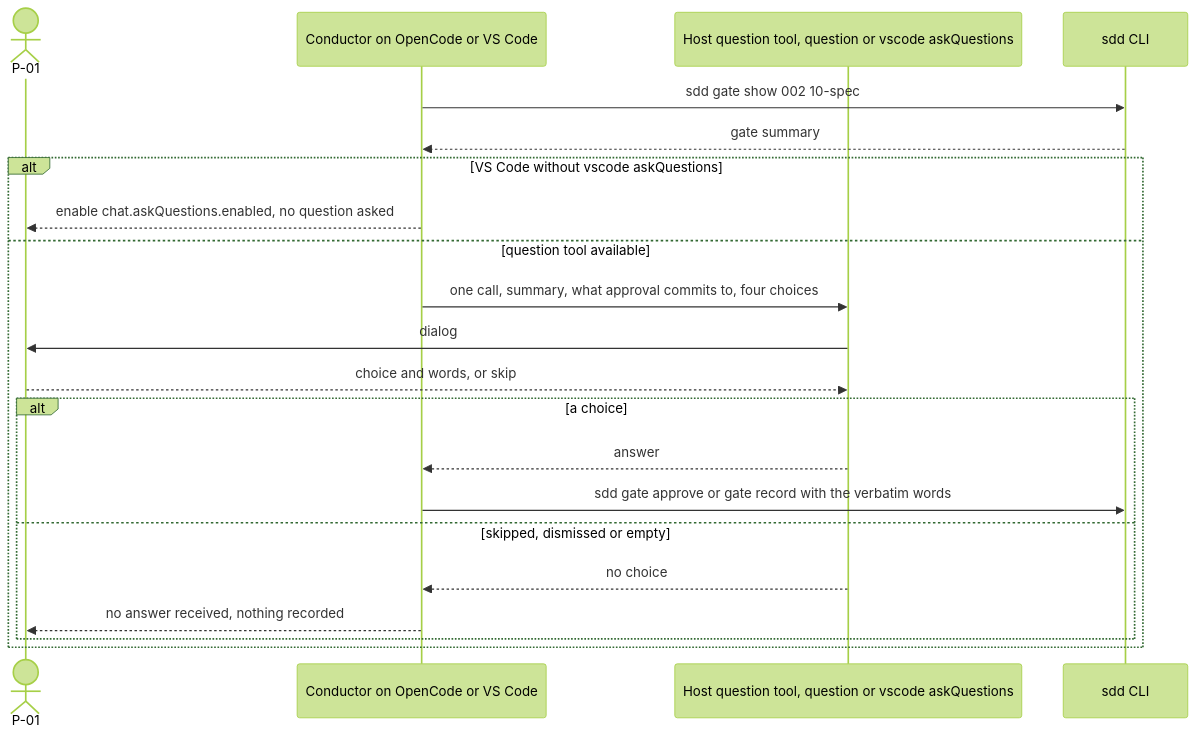
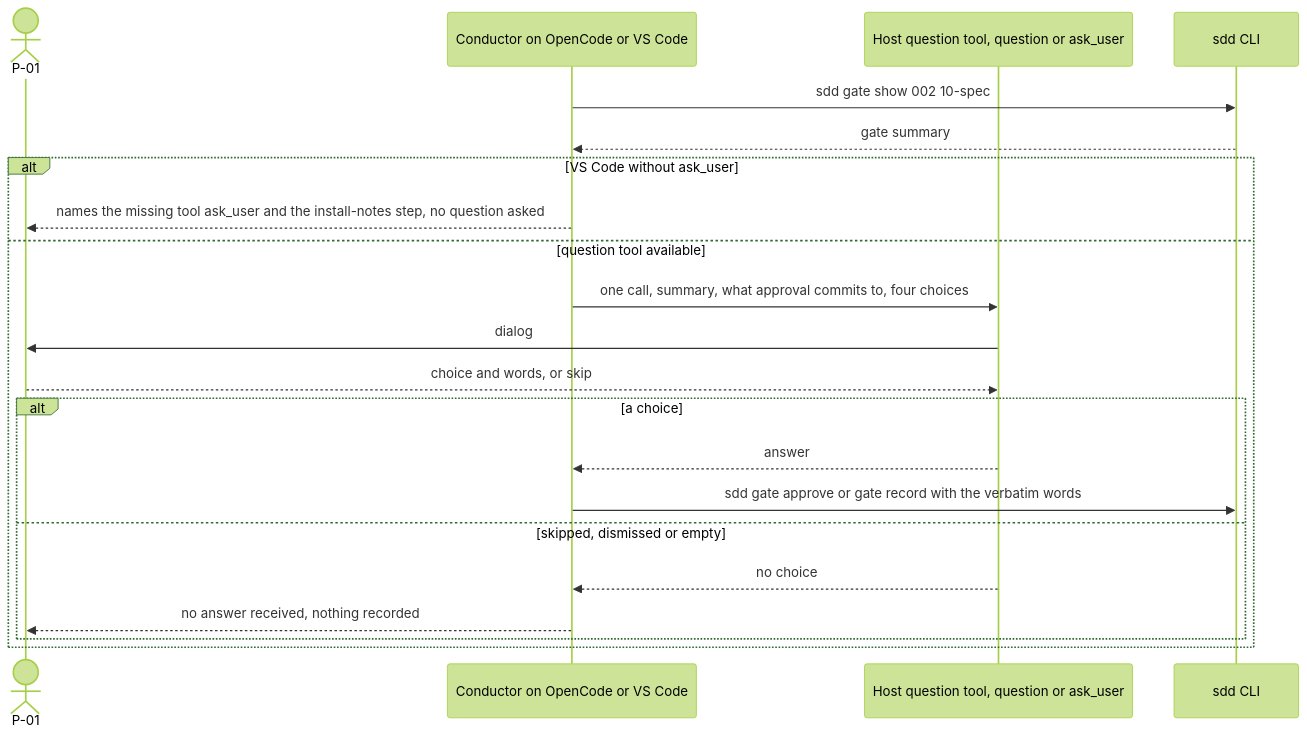
Before and after one commit to jlacube/spec-architect: the eighth of 15 diagrams in .sdd/002-multi-platform-targets/10-spec/60-architecture/architecture.md, drawn with Mermaid (forest theme). The commit also changed other lines of this file and 15 other files, not shown here.

Commit message:
CHG-002: D-003 revision (architect) — Copilot package layout, sdd install copilot, Copilot guard hook by agent_type, naming, ERR-CLI-021/022, flow F13

````diff
--- a/.sdd/002-multi-platform-targets/10-spec/60-architecture/architecture.md
+++ b/.sdd/002-multi-platform-targets/10-spec/60-architecture/architecture.md
@@ -599,24 +633,24 @@
 ```mermaid
 sequenceDiagram
   %% F7 gate on a generated target. Realizes C002-TS-217 C002-TS-218 C002-TS-316 C002-TS-318 C002-TS-319
   actor P01 as P-01
   participant C002_COMP_014 as Conductor on OpenCode or VS Code
-  participant QT as Host question tool, question or vscode askQuestions
+  participant QT as Host question tool, question or ask_user
   participant C002_COMP_018 as sdd CLI
   C002_COMP_014->>C002_COMP_018: sdd gate show 002 10-spec
   C002_COMP_018-->>C002_COMP_014: gate summary
-  alt VS Code without vscode askQuestions
-    C002_COMP_014-->>P01: enable chat.askQuestions.enabled, no question asked
+  alt VS Code without ask_user
+    C002_COMP_014-->>P01: names the missing tool ask_user and the install-notes step, no question asked
   else question tool available
     C002_COMP_014->>QT: one call, summary, what approval commits to, four choices
     QT->>P01: dialog
     P01-->>QT: choice and words, or skip
     alt a choice
       QT-->>C002_COMP_014: answer
       C002_COMP_014->>C002_COMP_018: sdd gate approve or gate record with the verbatim words
     else skipped, dismissed or empty
       QT-->>C002_COMP_014: no choice
       C002_COMP_014-->>P01: no answer received, nothing recorded
     end
   end
 ```
````
